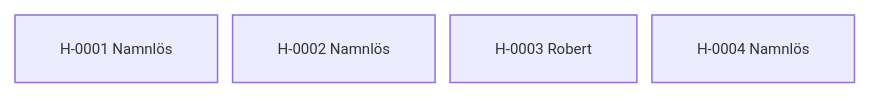
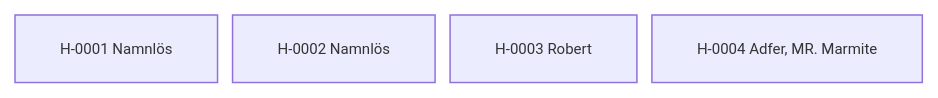
Before and after one commit to awoltmp/horse-registry: the diagram in content/02. Register/02.3 Stamtavlor/Fristående hästar.md, drawn with Mermaid. The commit also changed other lines of this file and 32 other files, not shown here.

````diff
--- a/content/02. Register/02.3 Stamtavlor/Fristående hästar.md
+++ b/content/02. Register/02.3 Stamtavlor/Fristående hästar.md
@@ -26,9 +26,9 @@
 ```mermaid
 %%{init: {"flowchart": {"nodeSpacing": 10, "rankSpacing": 18, "curve": "basis", "htmlLabels": true}, "themeVariables": {"fontSize": "10px"}}}%%
 flowchart TB
     h0["H-0001 Namnlös"]
     h1["H-0002 Namnlös"]
     h2["H-0003 Robert"]
-    h3["H-0004 Namnlös"]
+    h3["H-0004 Adfer, MR. Marmite"]
     class h0,h1,h2,h3 internal-link;
 ```
````
